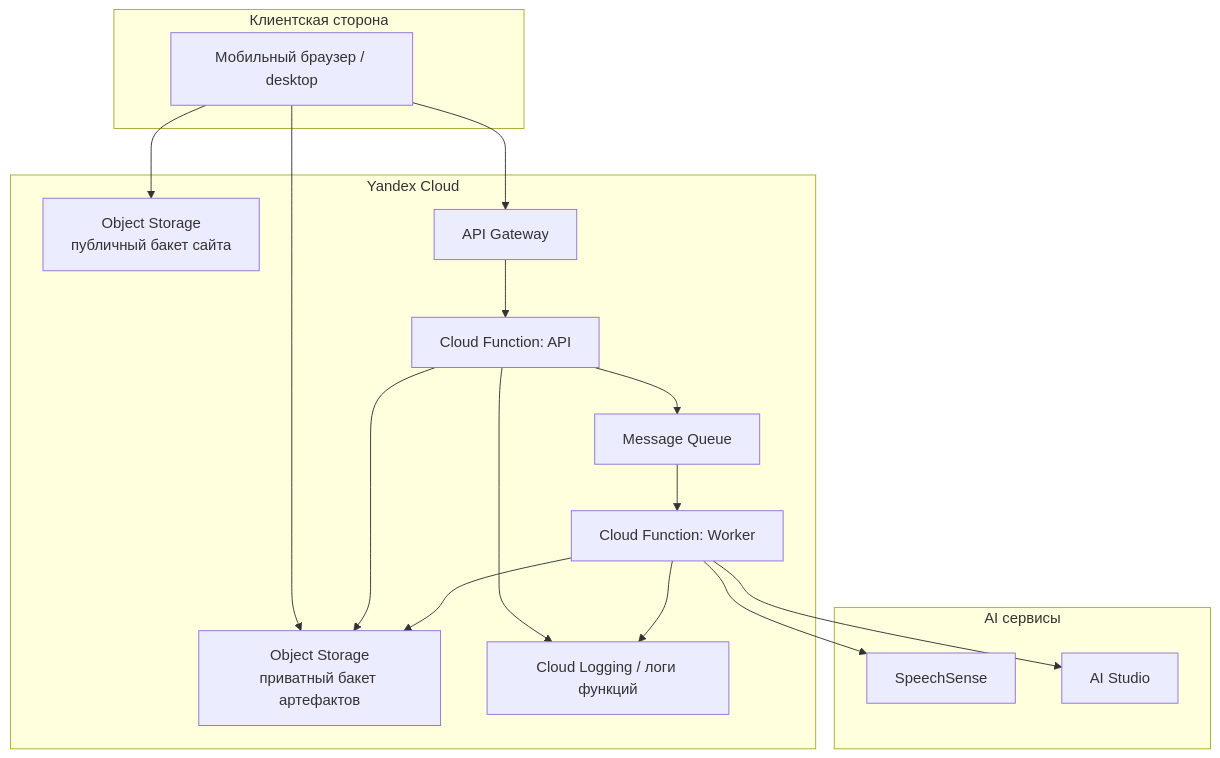
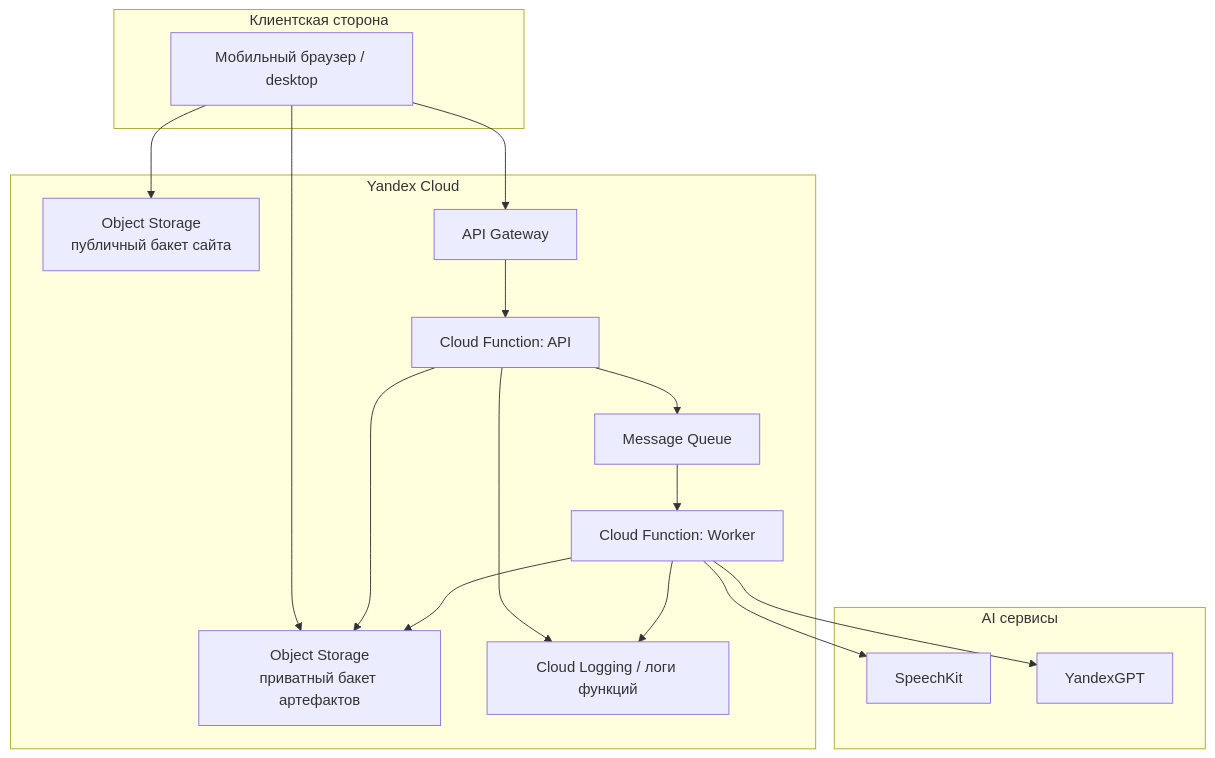
One commit to Gumbatali/YaSpeech-Public changed the diagram in docs/project-handbook/03-solution-architecture/deployment-and-integrations.md. Above: the diagram before and after it, drawn with Mermaid. The commit also changed other lines of this file and 40 other files, not shown here.

````diff
--- a/docs/project-handbook/03-solution-architecture/deployment-and-integrations.md
+++ b/docs/project-handbook/03-solution-architecture/deployment-and-integrations.md
@@ -5,34 +5,34 @@
 ```mermaid
 flowchart TB
   subgraph UserSide["Клиентская сторона"]
     Browser["Мобильный браузер / desktop"]
   end
 
   subgraph YC["Yandex Cloud"]
     StaticBucket["Object Storage<br/>публичный бакет сайта"]
     PrivateBucket["Object Storage<br/>приватный бакет артефактов"]
     APIGW["API Gateway"]
     ApiFn["Cloud Function: API"]
     WorkerFn["Cloud Function: Worker"]
     Queue["Message Queue"]
     Logs["Cloud Logging / логи функций"]
   end
 
   subgraph AI["AI сервисы"]
-    Speech["SpeechSense"]
-    LLM["AI Studio"]
+    Speech["SpeechKit"]
+    LLM["YandexGPT"]
   end
 
   Browser --> StaticBucket
   Browser --> APIGW
   Browser --> PrivateBucket
   APIGW --> ApiFn
   ApiFn --> PrivateBucket
   ApiFn --> Queue
   Queue --> WorkerFn
   WorkerFn --> PrivateBucket
   WorkerFn --> Speech
   WorkerFn --> LLM
   ApiFn --> Logs
   WorkerFn --> Logs
 ```
````
